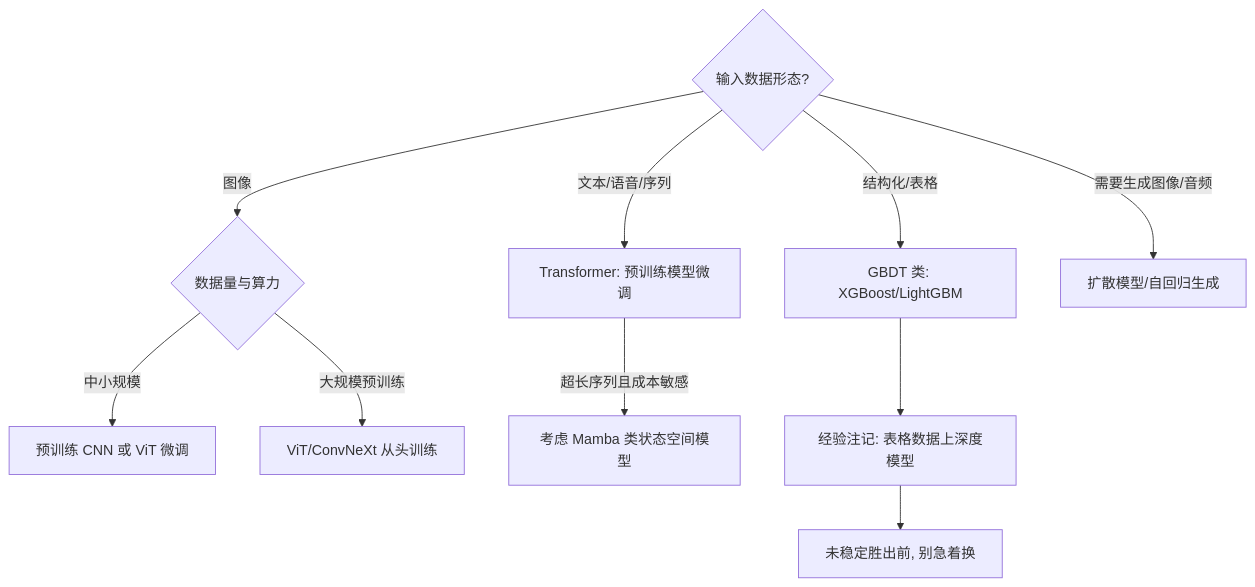
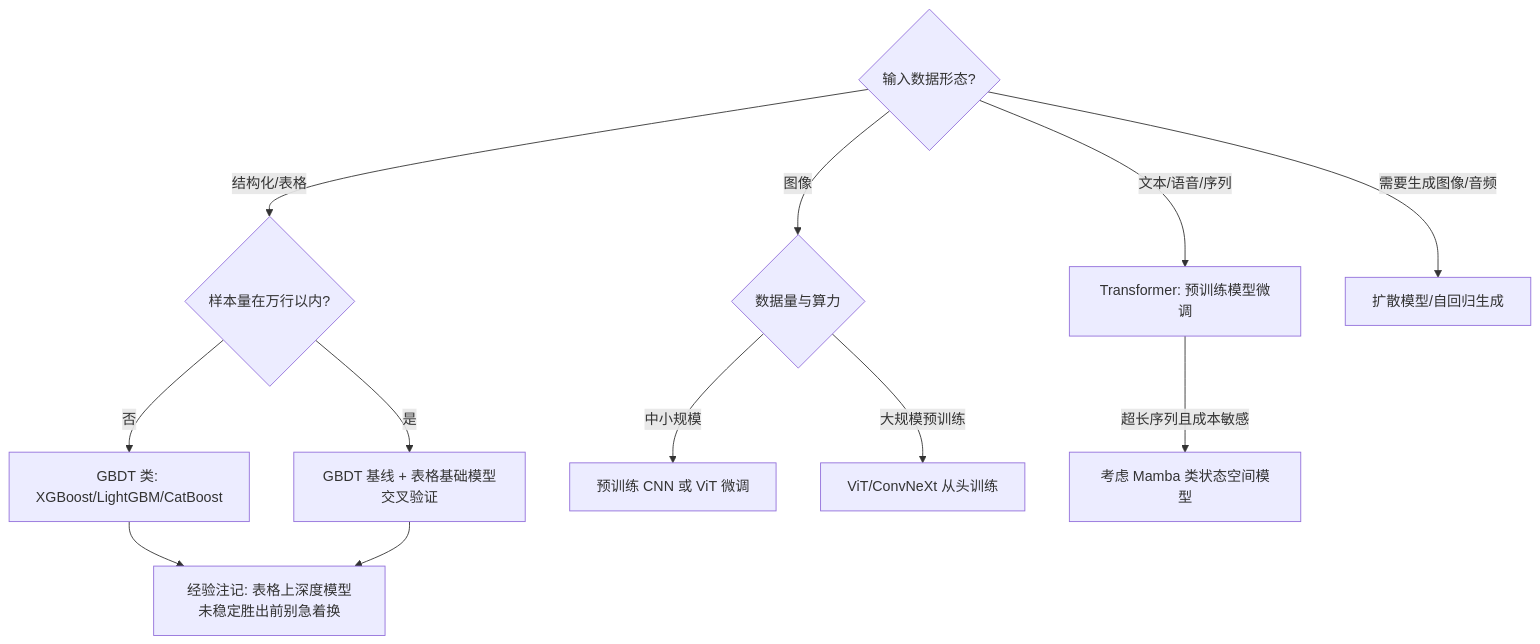
The third of 4 diagrams in docs/ai/models/ml-dl.md (shuifans/cloud-ai-knowledge-base), drawn with Mermaid before and after one commit. The commit also changed other lines of this file and 294 other files, not shown here.

First line of the commit message:
更新: 全站 35 篇文章对标 speech-gen 全面升级（深度/配图/引用/决策图）

````diff
--- a/docs/ai/models/ml-dl.md
+++ b/docs/ai/models/ml-dl.md
@@ -177,12 +541,14 @@
 ```mermaid
 flowchart TD
-  Q{输入数据形态?} -->|结构化/表格| T1[GBDT 类: XGBoost/LightGBM]
+  Q{输入数据形态?} -->|结构化/表格| T0{样本量在万行以内?}
+  T0 -->|是| T2[GBDT 基线 + 表格基础模型交叉验证]
+  T0 -->|否| T1[GBDT 类: XGBoost/LightGBM/CatBoost]
   Q -->|图像| V1{数据量与算力}
   Q -->|文本/语音/序列| S1[Transformer: 预训练模型微调]
   Q -->|需要生成图像/音频| G1[扩散模型/自回归生成]
   V1 -->|中小规模| V2[预训练 CNN 或 ViT 微调]
   V1 -->|大规模预训练| V3[ViT/ConvNeXt 从头训练]
   S1 -->|超长序列且成本敏感| S2[考虑 Mamba 类状态空间模型]
-  T1 --> NOTE[经验注记: 表格数据上深度模型]
-  NOTE --> NOTE2[未稳定胜出前, 别急着换]
+  T1 --> N1[经验注记: 表格上深度模型未稳定胜出前别急着换]
+  T2 --> N1
 ```
````
